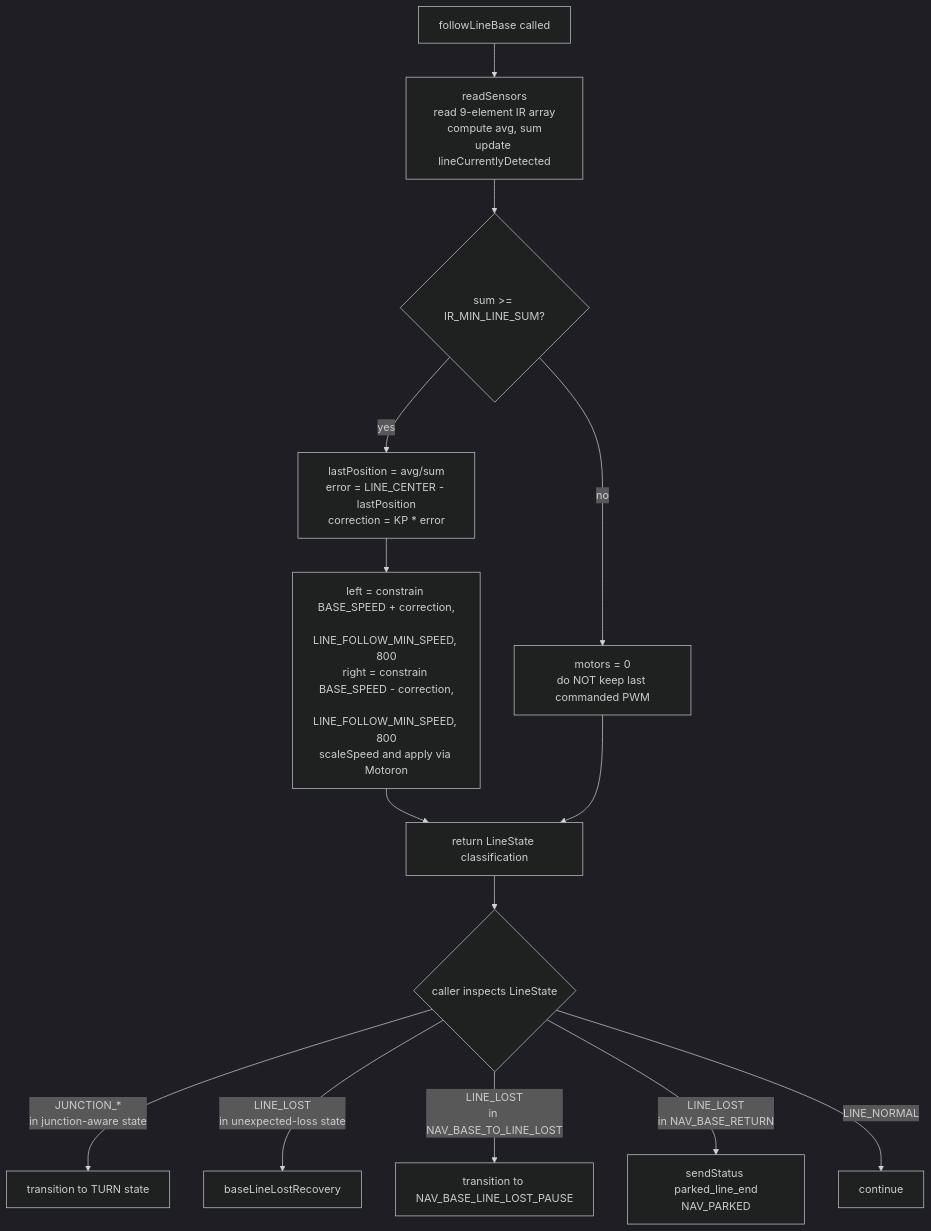
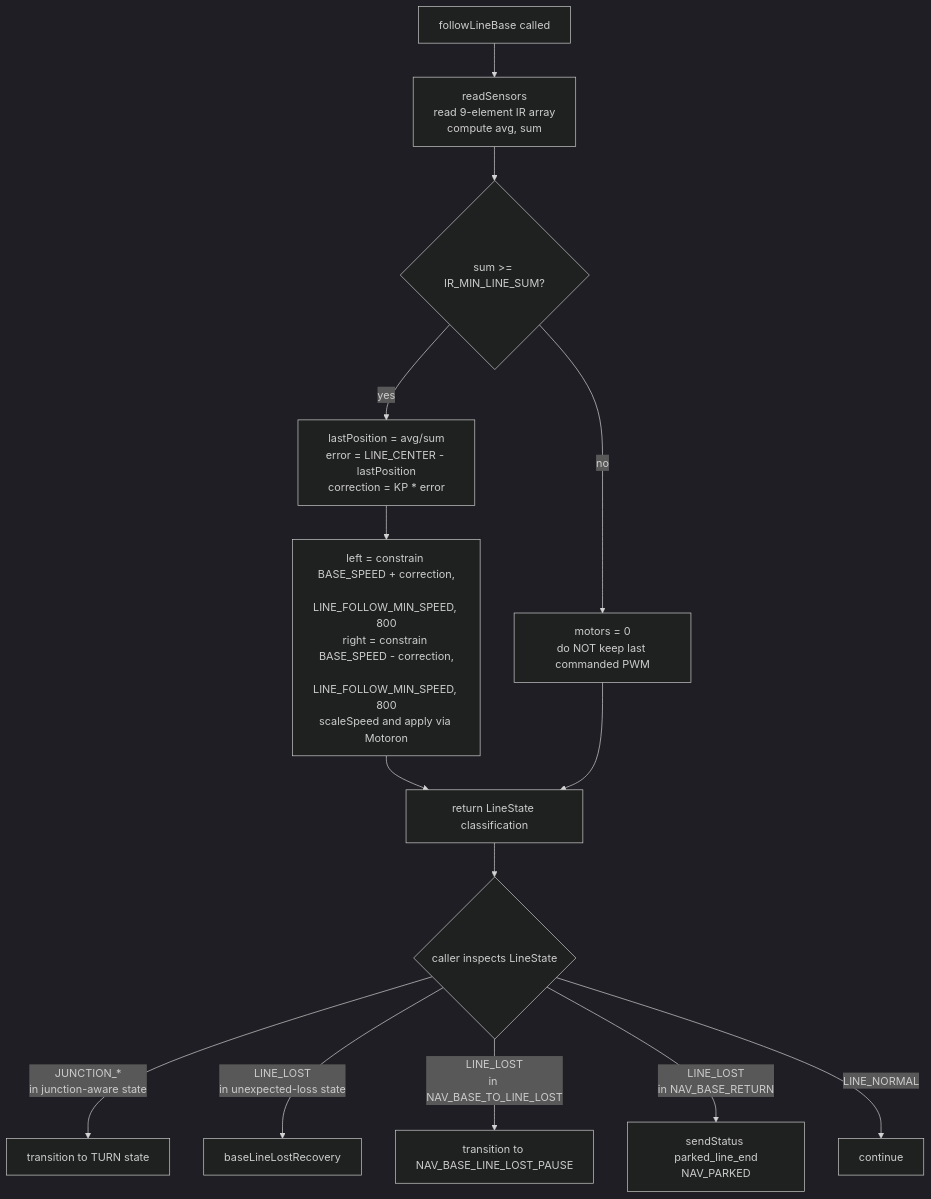
The first of 8 diagrams in docs/flowcharts.md (Stanleyhoo1/Robotics-Challenge), drawn with Mermaid (dark theme) before and after one commit. The commit also changed other lines of this file and 7 other files, not shown here.

````diff
--- a/docs/flowcharts.md
+++ b/docs/flowcharts.md
@@ -9,16 +9,16 @@
 ```mermaid
 flowchart TD
-    A[followLineBase called] --> B[readSensors<br/>read 9-element IR array<br/>compute avg, sum<br/>update lineCurrentlyDetected]
+    A[followLineBase called] --> B[readSensors<br/>read 9-element IR array<br/>compute avg, sum]
     B --> C{sum >= IR_MIN_LINE_SUM?}
     C -- yes --> D[lastPosition = avg/sum<br/>error = LINE_CENTER - lastPosition<br/>correction = KP * error]
     D --> E[left = constrain BASE_SPEED + correction,<br/>     LINE_FOLLOW_MIN_SPEED, 800<br/>right = constrain BASE_SPEED - correction,<br/>     LINE_FOLLOW_MIN_SPEED, 800<br/>scaleSpeed and apply via Motoron]
     C -- no --> F[motors = 0<br/>do NOT keep last commanded PWM]
     E --> G[return LineState classification]
     F --> G
     G --> H{caller inspects LineState}
     H -- JUNCTION_*<br/>in junction-aware state --> I[transition to TURN state]
     H -- LINE_LOST<br/>in unexpected-loss state --> J[baseLineLostRecovery]
     H -- LINE_LOST<br/>in NAV_BASE_TO_LINE_LOST --> K[transition to NAV_BASE_LINE_LOST_PAUSE]
     H -- LINE_LOST<br/>in NAV_BASE_RETURN --> L[sendStatus parked_line_end<br/>NAV_PARKED]
     H -- LINE_NORMAL --> M[continue]
 ```
````
